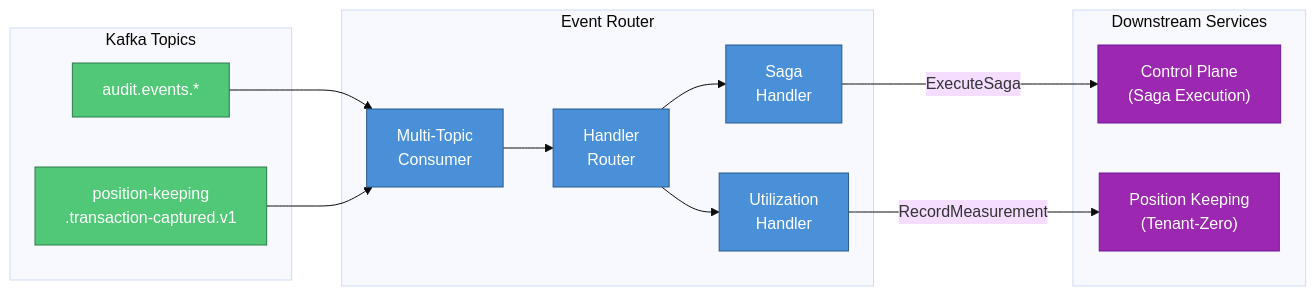
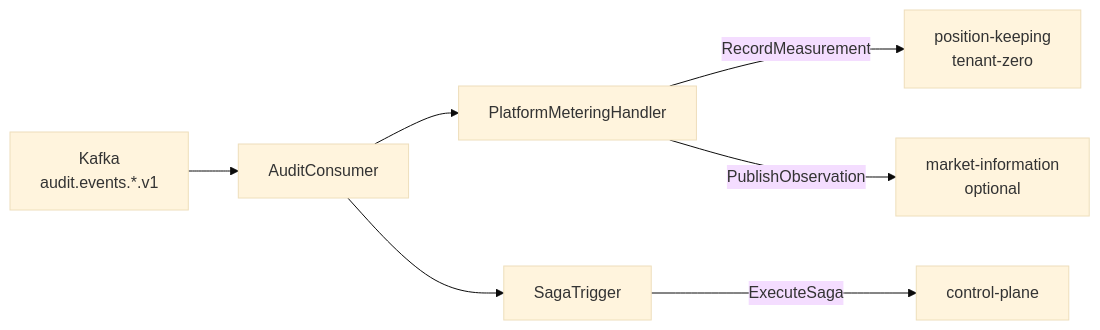
One commit to meridianhub/meridian changed the second of 2 diagrams in services/event-router/README.md. Above: the diagram before and after it, drawn with Mermaid (base theme). The commit also changed other lines of this file and 4 other files, not shown here.

````diff
--- a/services/event-router/README.md
+++ b/services/event-router/README.md
@@ -73,34 +142,9 @@
 ```mermaid
 flowchart LR
-    subgraph Kafka["Kafka Topics"]
-        T1["audit.events.*"]
-        T2["position-keeping<br/>.transaction-captured.v1"]
-    end
-
-    subgraph ER["Event Router"]
-        Consumer["Multi-Topic<br/>Consumer"]
-        Router["Handler<br/>Router"]
-        SH["Saga<br/>Handler"]
-        UH["Utilization<br/>Handler"]
-    end
-
-    subgraph Downstream["Downstream Services"]
-        CP["Control Plane<br/>(Saga Execution)"]
-        PK["Position Keeping<br/>(Tenant-Zero)"]
-    end
-
-    T1 --> Consumer
-    T2 --> Consumer
-    Consumer --> Router
-    Router --> SH
-    Router --> UH
-    SH -->|ExecuteSaga| CP
-    UH -->|RecordMeasurement| PK
-
-    classDef kafka fill:#50c878,stroke:#2d7a4a,color:#fff
-    classDef service fill:#4a90d9,stroke:#2d5a87,color:#fff
-    classDef downstream fill:#9c27b0,stroke:#6a1b9a,color:#fff
-    class T1,T2 kafka
-    class Consumer,Router,SH,UH service
-    class CP,PK downstream
+    Kafka["Kafka<br/>audit.events.*.v1"] --> Consumer[AuditConsumer]
+    Consumer --> Metering[PlatformMeteringHandler]
+    Consumer --> Saga[SagaTrigger]
+    Metering -->|RecordMeasurement| PK[position-keeping<br/>tenant-zero]
+    Saga -->|ExecuteSaga| CP[control-plane]
+    Metering -->|PublishObservation| MDS[market-information<br/>optional]
 ```
````
